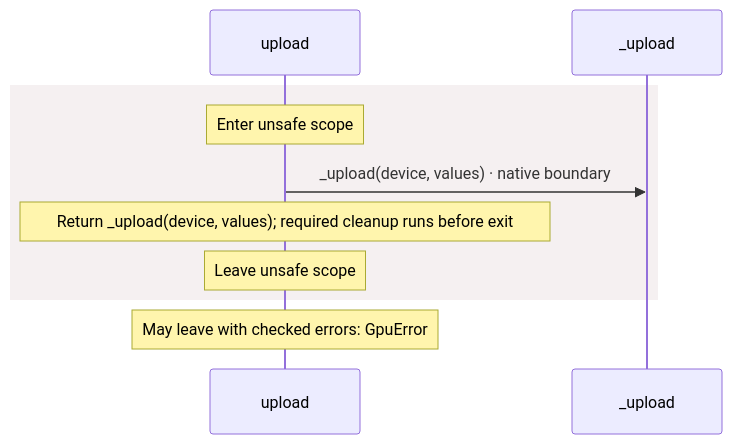
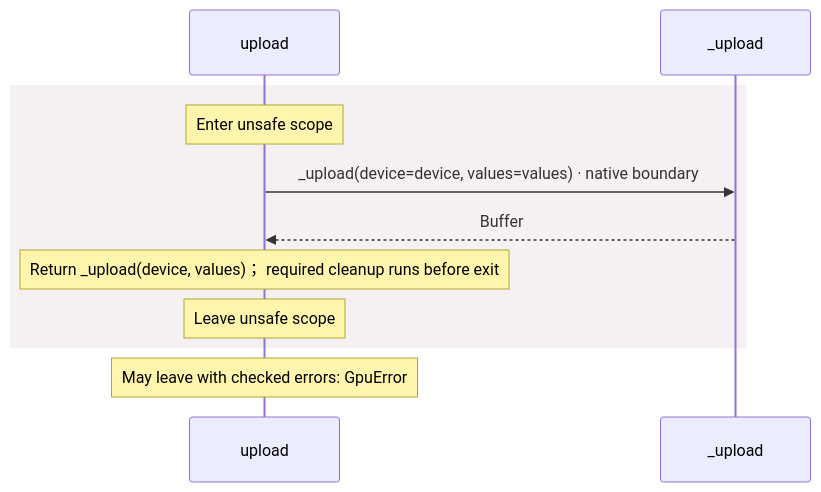
One commit to GreenPandaStudios/augscript changed the third of 5 diagrams in docs/examples/native-gpu/dependencies/packages/@greenpandastudios/aug-gpu/0.1.1/api-diagrams.md. Above: the diagram before and after it, drawn with Mermaid. The commit also changed other lines of this file and 524 other files, not shown here.

Commit message:
Explain checked data flow at folder and service levels

````diff
--- a/docs/examples/native-gpu/dependencies/packages/@greenpandastudios/aug-gpu/0.1.1/api-diagrams.md
+++ b/docs/examples/native-gpu/dependencies/packages/@greenpandastudios/aug-gpu/0.1.1/api-diagrams.md
@@ -138,12 +108,13 @@
 ```mermaid
 sequenceDiagram
     participant p0 as upload
     participant p1 as _upload
     rect rgb(245, 240, 241)
     Note over p0: Enter unsafe scope
-    p0->>p1: _upload(device, values) · native boundary
-    Note over p0: Return _upload(device, values)#59; required cleanup runs before exit
+    p0->>p1: _upload(device=device, values=values) · native boundary
+    p1-->>p0: Buffer
+    Note over p0: Return _upload(device, values)； required cleanup runs before exit
     Note over p0: Leave unsafe scope
     end
     Note over p0: May leave with checked errors: GpuError
 ```
````
